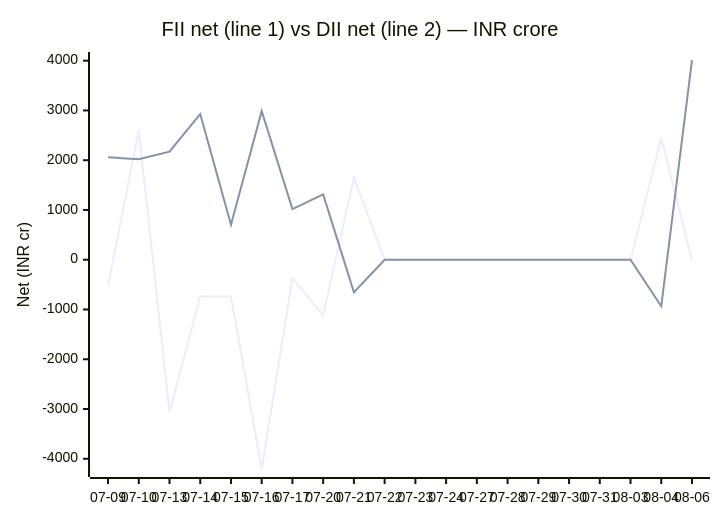
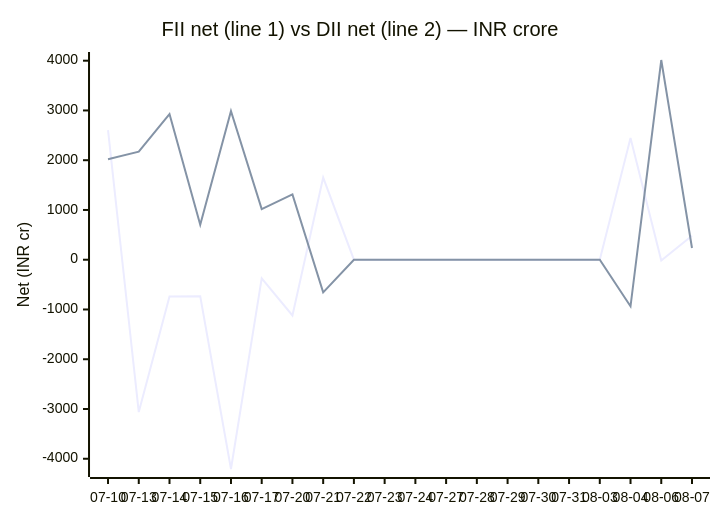
One commit to chirag127/fii-dii-activity-api changed the diagram in README.md. Above: the diagram before and after it, drawn with Mermaid. The commit also changed 2 other files, not shown here.

Commit message:
data: scrape 2026-08-10

````diff
--- a/README.md
+++ b/README.md
@@ -25,8 +25,8 @@
 ```mermaid
 xychart-beta
     title "FII net (line 1) vs DII net (line 2) — INR crore"
-    x-axis ["07-09", "07-10", "07-13", "07-14", "07-15", "07-16", "07-17", "07-20", "07-21", "07-22", "07-23", "07-24", "07-27", "07-28", "07-29", "07-30", "07-31", "08-03", "08-04", "08-06"]
+    x-axis ["07-10", "07-13", "07-14", "07-15", "07-16", "07-17", "07-20", "07-21", "07-22", "07-23", "07-24", "07-27", "07-28", "07-29", "07-30", "07-31", "08-03", "08-04", "08-06", "08-07"]
     y-axis "Net (INR cr)" -4206 --> 4014
-    line [-532.86, 2603.72, -3062.27, -739.69, -735.83, -4205.56, -376.41, -1121.04, 1650.16, 0, 0, 0, 0, 0, 0, 0, 0, 0, 2446.47, -17.86]
-    line [2057.79, 2019.68, 2171.7, 2927.71, 704.93, 2986.41, 1017.89, 1312.03, -656.88, 0, 0, 0, 0, 0, 0, 0, 0, 0, -936.14, 4013.6]
+    line [2603.72, -3062.27, -739.69, -735.83, -4205.56, -376.41, -1121.04, 1650.16, 0, 0, 0, 0, 0, 0, 0, 0, 0, 2446.47, -17.86, 480.24]
+    line [2019.68, 2171.7, 2927.71, 704.93, 2986.41, 1017.89, 1312.03, -656.88, 0, 0, 0, 0, 0, 0, 0, 0, 0, -936.14, 4013.6, 235.56]
 ```
````
